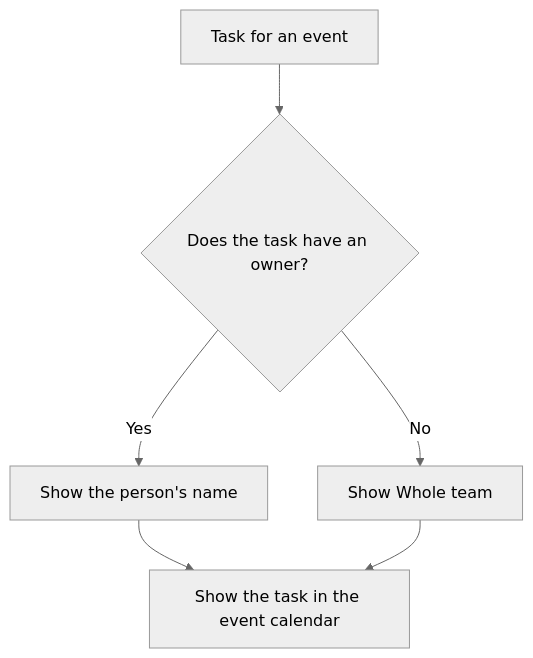
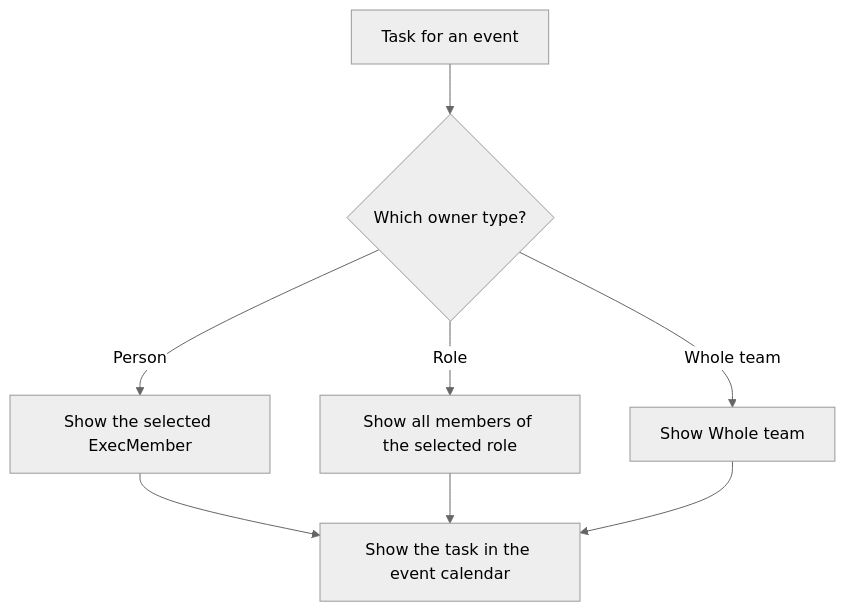
One commit to TonyFlury/GarageSale changed the sixth of 9 diagrams in docs/design/event-calendar.md. Above: the diagram before and after it, drawn with Mermaid (neutral theme). The commit also changed other lines of this file, not shown here.

Commit message:
Define calendar task ownership by ExecMember or role

````diff
--- a/docs/design/event-calendar.md
+++ b/docs/design/event-calendar.md
@@ -323,8 +334,10 @@
 ```mermaid
 flowchart TD
-    A[Task for an event] --> B{Does the task have an owner?}
-    B -->|Yes| C[Show the person's name]
-    B -->|No| D[Show Whole team]
-    C --> E[Show the task in the event calendar]
-    D --> E
+    A[Task for an event] --> B{Which owner type?}
+    B -->|Person| C[Show the selected ExecMember]
+    B -->|Role| D[Show all members of the selected role]
+    B -->|Whole team| E[Show Whole team]
+    C --> F[Show the task in the event calendar]
+    D --> F
+    E --> F
 ```
````
